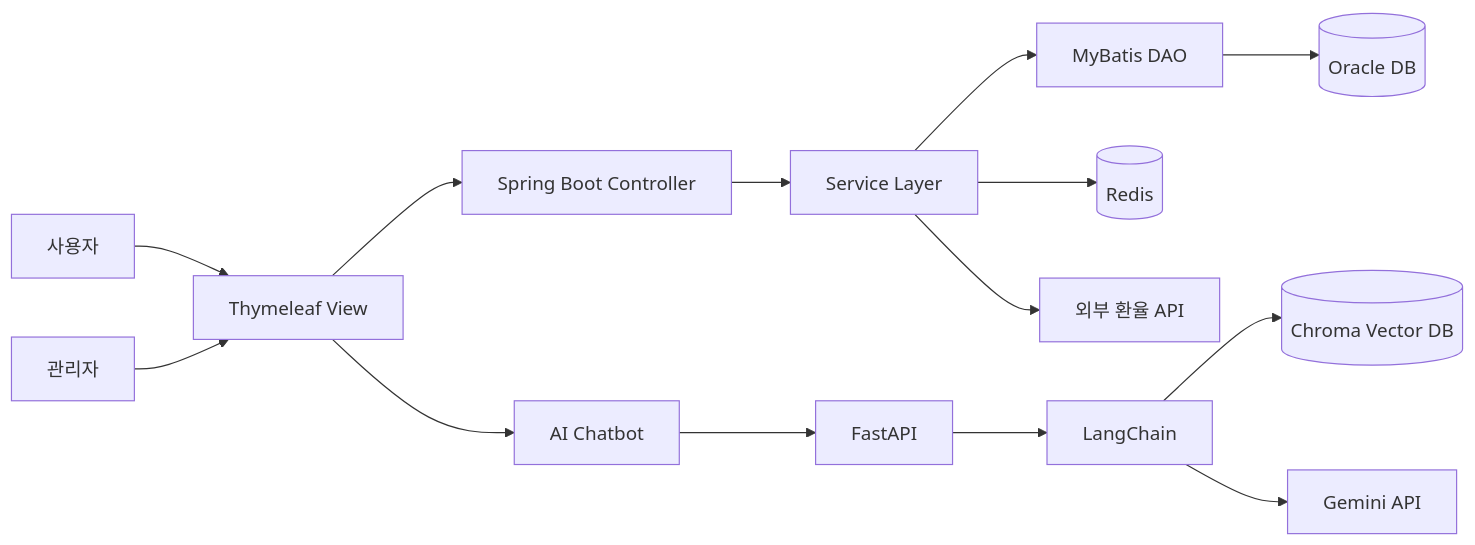
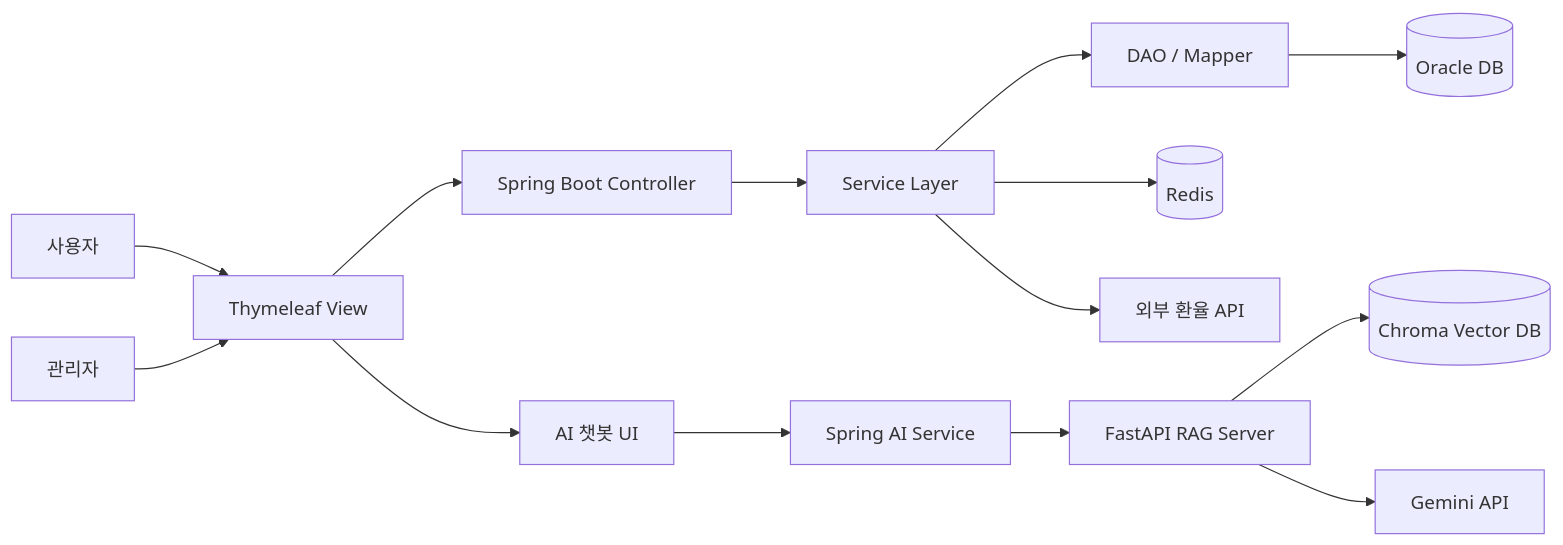
One commit to boppq1/bnk_1st_prj changed the first of 6 diagrams in README.md. Above: the diagram before and after it, drawn with Mermaid. The commit also changed other lines of this file, not shown here.

````diff
--- a/README.md
+++ b/README.md
@@ -64,19 +108,19 @@
 ```mermaid
 flowchart LR
-    User[사용자] --> Web[Thymeleaf View]
-    Admin[관리자] --> Web
+    User[사용자] --> View[Thymeleaf View]
+    Admin[관리자] --> View
 
-    Web --> Controller[Spring Boot Controller]
+    View --> Controller[Spring Boot Controller]
     Controller --> Service[Service Layer]
-    Service --> DAO[MyBatis DAO]
+    Service --> DAO[DAO / Mapper]
     DAO --> Oracle[(Oracle DB)]
 
     Service --> Redis[(Redis)]
     Service --> ExchangeAPI[외부 환율 API]
 
-    Web --> Chatbot[AI Chatbot]
-    Chatbot --> FastAPI[FastAPI]
-    FastAPI --> LangChain[LangChain]
-    LangChain --> Chroma[(Chroma Vector DB)]
-    LangChain --> Gemini[Gemini API]
+    View --> ChatUI[AI 챗봇 UI]
+    ChatUI --> SpringAI[Spring AI Service]
+    SpringAI --> FastAPI[FastAPI RAG Server]
+    FastAPI --> Chroma[(Chroma Vector DB)]
+    FastAPI --> Gemini[Gemini API]
 ```
````
